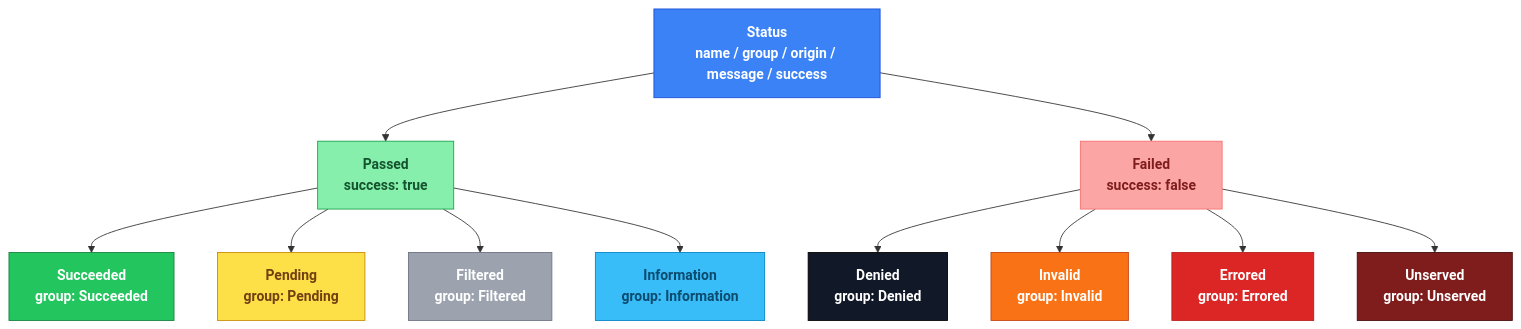
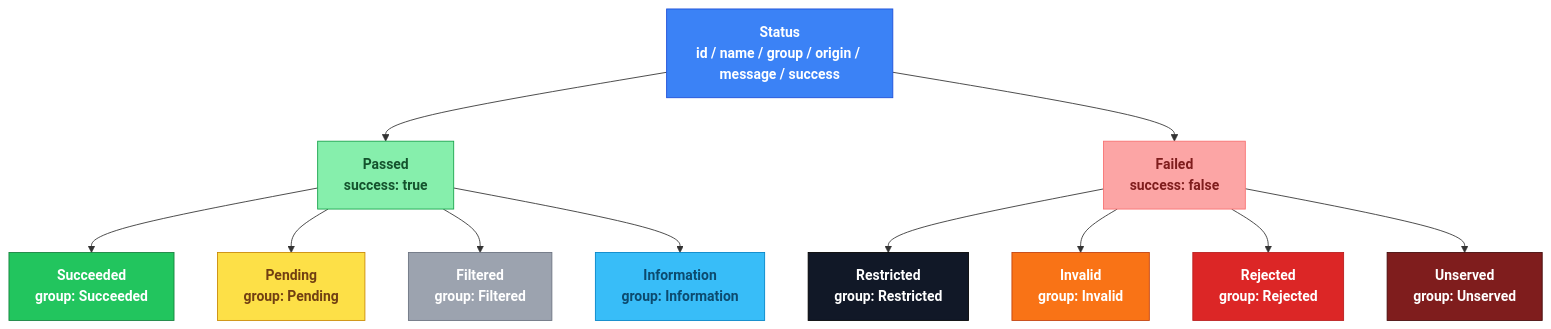
Before and after one commit to slatekit/kiit-codes: the diagram in README.md, drawn with Mermaid. The commit also changed other lines of this file and 8 other files, not shown here.

````diff
--- a/README.md
+++ b/README.md
@@ -165,40 +166,40 @@
 ```mermaid
 graph TD
     classDef statusNode        fill:#3b82f6,stroke:#1d4ed8,color:#ffffff,font-weight:bold
     classDef passedNode        fill:#86efac,stroke:#16a34a,color:#14532d,font-weight:bold
     classDef succeededNode     fill:#22c55e,stroke:#15803d,color:#ffffff,font-weight:bold
     classDef pendingNode       fill:#fde047,stroke:#ca8a04,color:#713f12,font-weight:bold
     classDef filteredNode      fill:#9ca3af,stroke:#6b7280,color:#ffffff,font-weight:bold
     classDef informationNode   fill:#38bdf8,stroke:#0284c7,color:#0c4a6e,font-weight:bold
     classDef failedNode        fill:#fca5a5,stroke:#f87171,color:#7f1d1d,font-weight:bold
-    classDef deniedNode        fill:#111827,stroke:#000000,color:#ffffff,font-weight:bold
+    classDef restrictedNode    fill:#111827,stroke:#000000,color:#ffffff,font-weight:bold
     classDef invalidNode       fill:#f97316,stroke:#c2410c,color:#ffffff,font-weight:bold
-    classDef erroredNode       fill:#dc2626,stroke:#b91c1c,color:#ffffff,font-weight:bold
+    classDef rejectedNode      fill:#dc2626,stroke:#b91c1c,color:#ffffff,font-weight:bold
     classDef unservedNode      fill:#7f1d1d,stroke:#450a0a,color:#ffffff,font-weight:bold
 
-    Status["Status<br/>name / group / origin / message / success"]:::statusNode
+    Status["Status<br/>id / name / group / origin / message / success"]:::statusNode
 
     Passed["Passed<br/>success: true"]:::passedNode
     Failed["Failed<br/>success: false"]:::failedNode
 
     Succeeded["Succeeded<br/>group: Succeeded"]:::succeededNode
     Pending["Pending<br/>group: Pending"]:::pendingNode
     Filtered["Filtered<br/>group: Filtered"]:::filteredNode
     Information["Information<br/>group: Information"]:::informationNode
 
-    Denied["Denied<br/>group: Denied"]:::deniedNode
+    Restricted["Restricted<br/>group: Restricted"]:::restrictedNode
     Invalid["Invalid<br/>group: Invalid"]:::invalidNode
-    Errored["Errored<br/>group: Errored"]:::erroredNode
+    Rejected["Rejected<br/>group: Rejected"]:::rejectedNode
     Unserved["Unserved<br/>group: Unserved"]:::unservedNode
 
     Status --> Passed
     Status --> Failed
     Passed --> Succeeded
     Passed --> Pending
     Passed --> Filtered
     Passed --> Information
-    Failed --> Denied
+    Failed --> Restricted
     Failed --> Invalid
-    Failed --> Errored
+    Failed --> Rejected
     Failed --> Unserved
 ```
````
